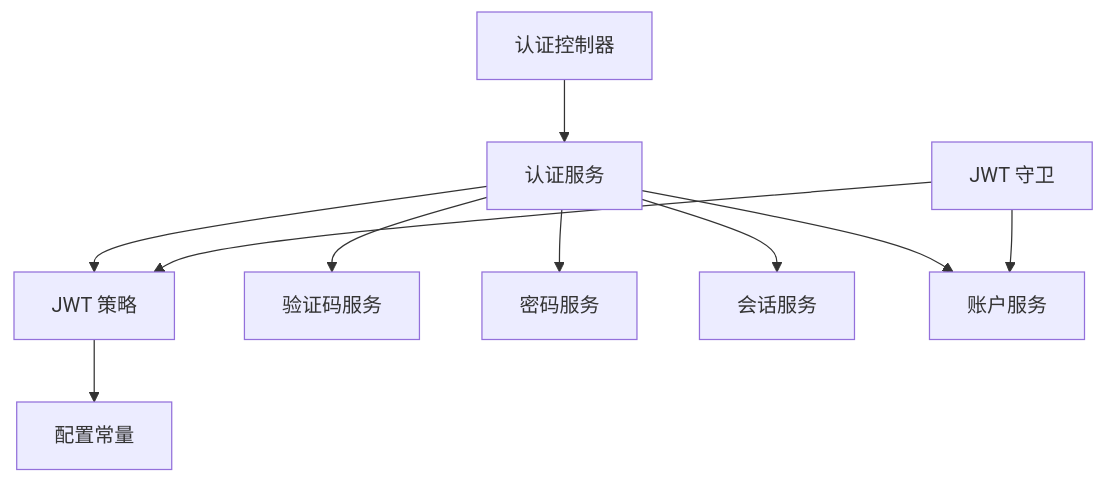
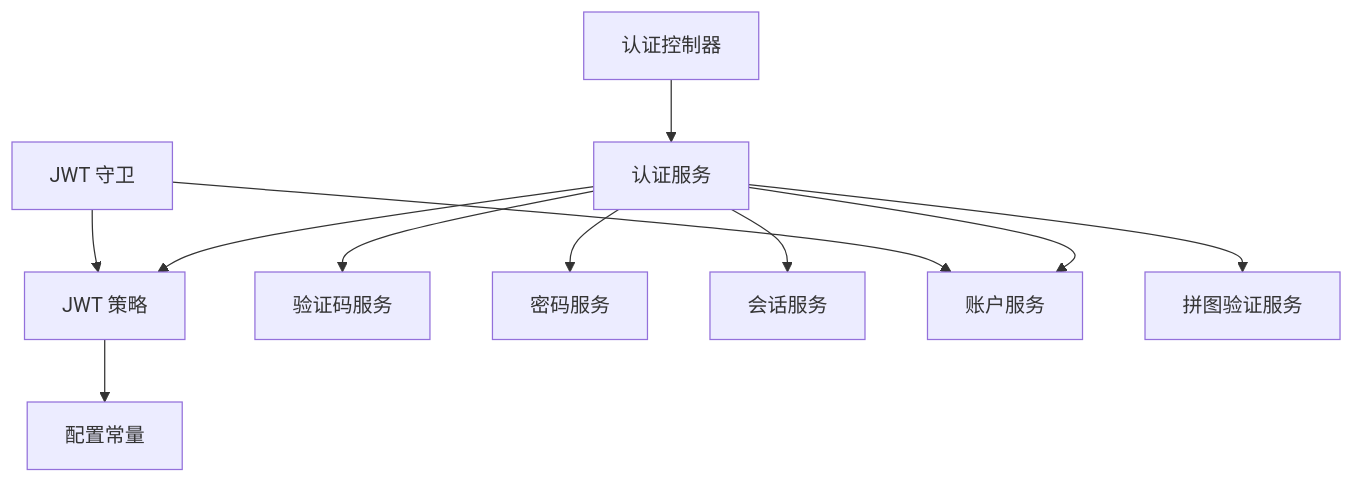
Diagram 12 of 12 in .qoder/repowiki/zh/content/认证授权系统/JWT 认证机制.md (rc558620/purelyprofit-server), drawn with Mermaid before and after one commit. The commit also changed other lines of this file and 55 other files, not shown here.

````diff
--- a/.qoder/repowiki/zh/content/认证授权系统/JWT 认证机制.md
+++ b/.qoder/repowiki/zh/content/认证授权系统/JWT 认证机制.md
@@ -438,12 +546,13 @@
 ```mermaid
 graph TB
 Ctrl["认证控制器"] --> Svc["认证服务"]
 Svc --> Strat["JWT 策略"]
 Svc --> Code["验证码服务"]
 Svc --> Passwd["密码服务"]
 Svc --> Session["会话服务"]
 Svc --> Account["账户服务"]
+Svc --> Captcha["拼图验证服务"]
 Guard["JWT 守卫"] --> Strat
 Guard --> Account
 Strat --> Cfg["配置常量"]
 ```
````
